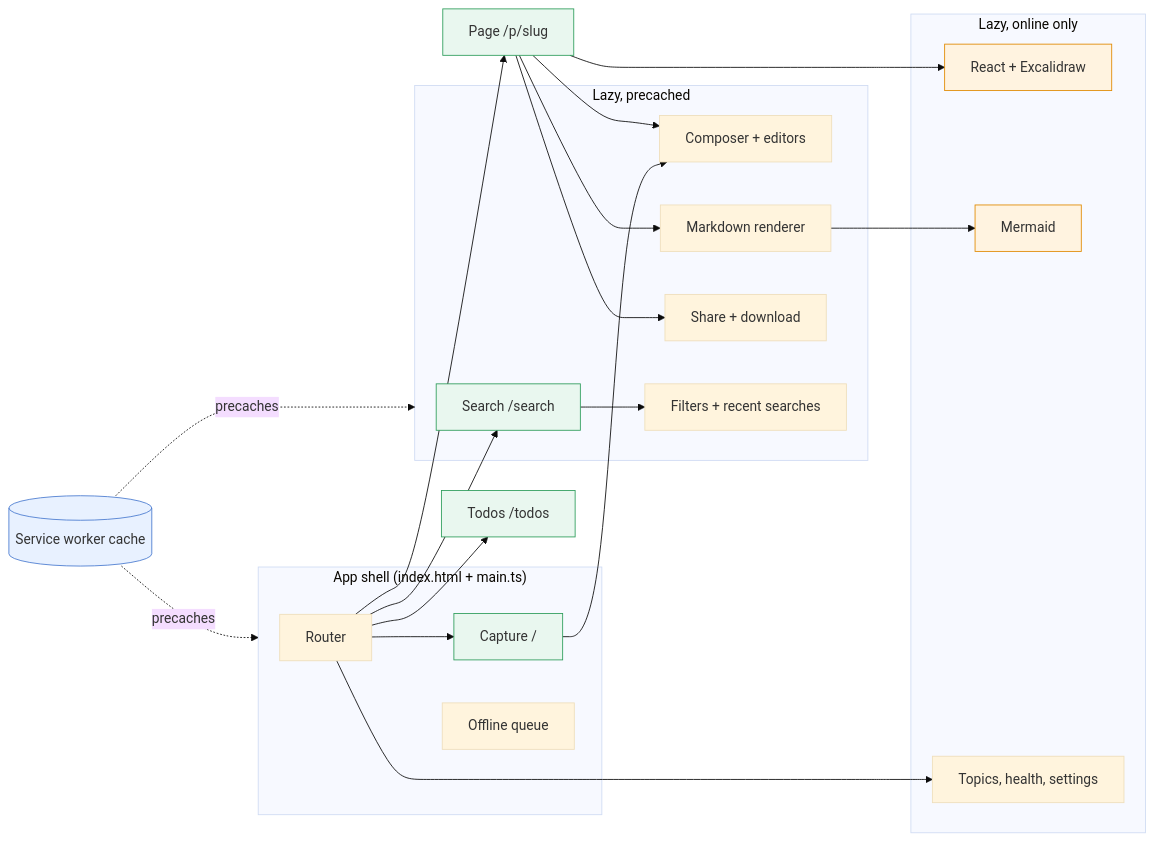
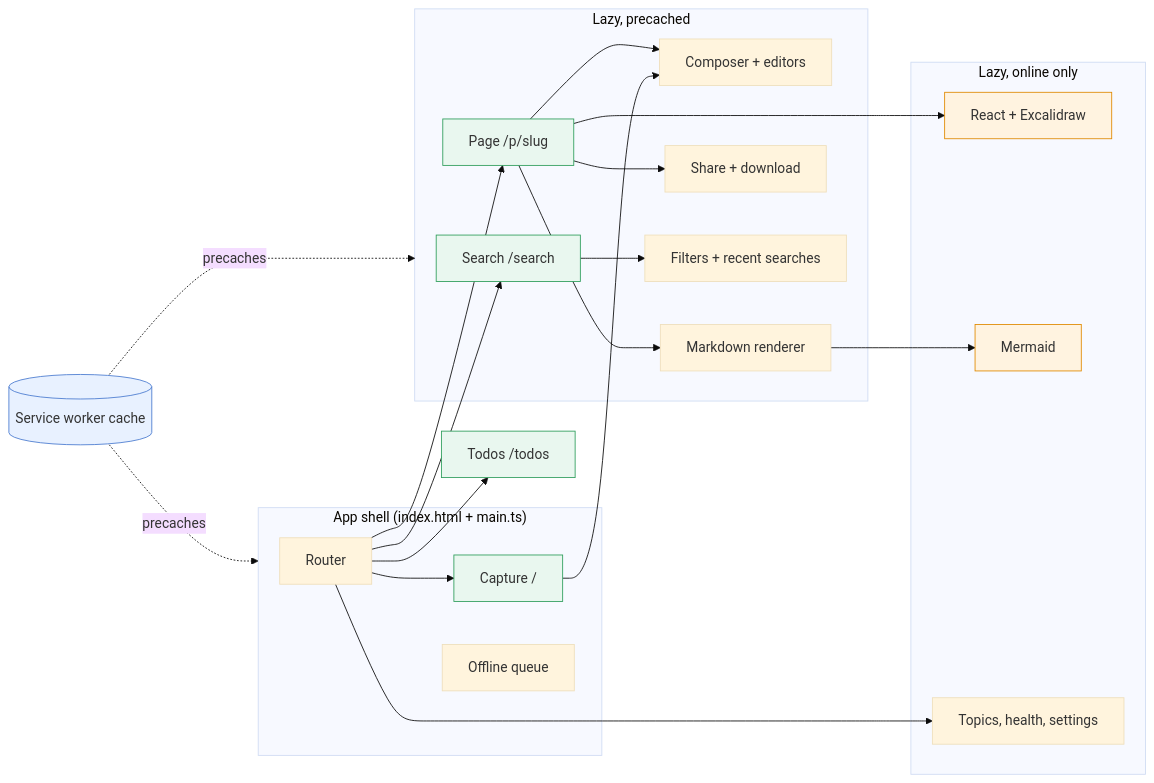
One commit to gilesknap/scrap changed the first of 2 diagrams in docs/explanations/architecture/frontend-pwa.md. Above: the diagram before and after it, drawn with Mermaid (base theme). The commit also changed 1 other file, not shown here.

Commit message:
Search: not started once its view is left while the chunk loads
Found in local review: a lazy search() started after its view was left
would attach to the next view. Also put Page in the docs diagram's
precached group, as OFFLINE has it.

Claude-Session: https://claude.ai/code/session_01Uybqz7s4QLQnv9w5iiHHvu

````diff
--- a/docs/explanations/architecture/frontend-pwa.md
+++ b/docs/explanations/architecture/frontend-pwa.md
@@ -13,39 +13,39 @@
 ```mermaid
 flowchart LR
     subgraph shell["App shell (index.html + main.ts)"]
         router["Router"]
         capture["Capture /"]
         queue["Offline queue"]
     end
     todos["Todos /todos"]
-    page["Page /p/slug"]
     subgraph offline["Lazy, precached"]
         search["Search /search"]
+        page["Page /p/slug"]
         composer["Composer + editors"]
         render["Markdown renderer"]
         sharing["Share + download"]
         refine["Filters + recent searches"]
     end
     subgraph online["Lazy, online only"]
         board["React + Excalidraw"]
         mermaid["Mermaid"]
         other["Topics, health, settings"]
     end
     sw[("Service worker cache")]
 
     router --> capture & search & todos & page
     page --> composer & render & sharing & board
     capture --> composer
     search --> refine
     render --> mermaid
     router --> other
     sw -. precaches .-> shell
     sw -. precaches .-> offline
 
     classDef store fill:#e8f1ff,stroke:#4a7bd0;
     classDef user fill:#e9f7ef,stroke:#2e9d5b;
     classDef claude fill:#fff3e0,stroke:#e08a00;
     class sw store
     class capture,search,todos,page user
     class board,mermaid claude
 ```
````
